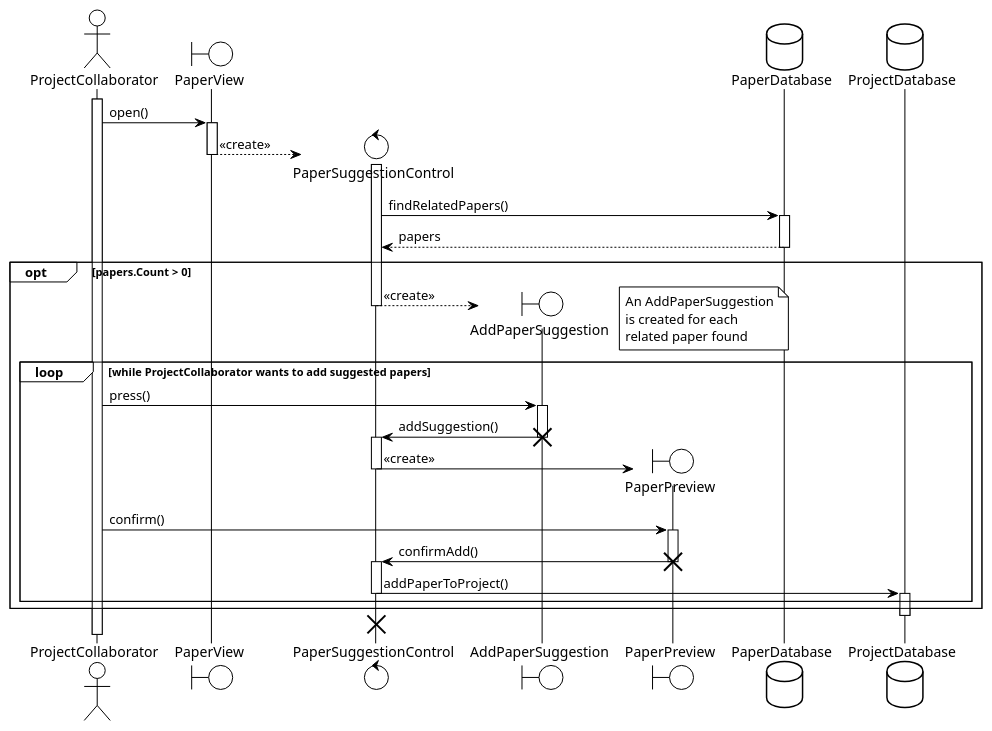
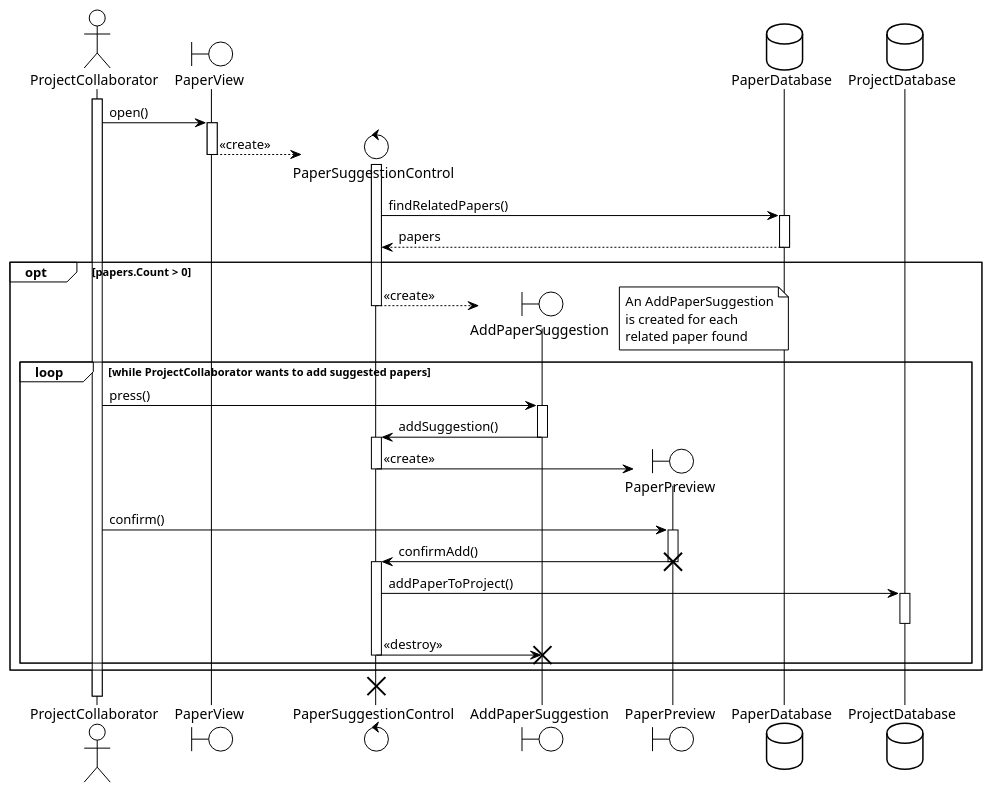
Before and after one commit to BlueMango10/Project-uml: the diagram in Use case sequence diagrams/AddSuggestedPaper.puml, drawn with PlantUML. The commit also changed 1 other file, not shown here.

```diff
--- a/Use case sequence diagrams/AddSuggestedPaper.puml
+++ b/Use case sequence diagrams/AddSuggestedPaper.puml
@@ -1,67 +1,70 @@
 @startuml AddSuggestedPaper
 !theme plain
 actor ProjectCollaborator as pc
 boundary PaperView as pv
 control PaperSuggestionControl as psc
 boundary AddPaperSuggestion as aps
 boundary PaperPreview as pp
 database PaperDatabase as pd
 database ProjectDatabase as pd2
 
 activate pc
 
 pc -> pv : open()
 activate pv
 
 create psc
 pv --> psc : <<create>>
 activate psc
 deactivate pv
 
 psc -> pd : findRelatedPapers()
 activate pd
 pd --> psc : papers
 deactivate pd
 
 opt papers.Count > 0
 
 	create aps
 	psc --> aps : <<create>>
 	deactivate psc
 	
 	note right
 	An AddPaperSuggestion
 	is created for each
 	related paper found
 	end note
 
 	loop while ProjectCollaborator wants to add suggested papers
 
 		pc -> aps : press()
 		activate aps
 
 		aps -> psc : addSuggestion()
-		destroy aps
+		deactivate aps
 		activate psc
 
 		create pp
 		psc -> pp : <<create>>
 		deactivate psc
 
 		pc -> pp : confirm()
 		activate pp
 
 		pp -> psc : confirmAdd()
 		destroy pp
 		activate psc
 
 		psc -> pd2 : addPaperToProject()
+		activate pd2
+		deactivate pd2
+
+		psc -> aps : <<destroy>>
 		deactivate psc
-		activate pd2
+		destroy aps
 
 	end
 end
-deactivate pd2
 
 destroy psc
 @enduml
```
